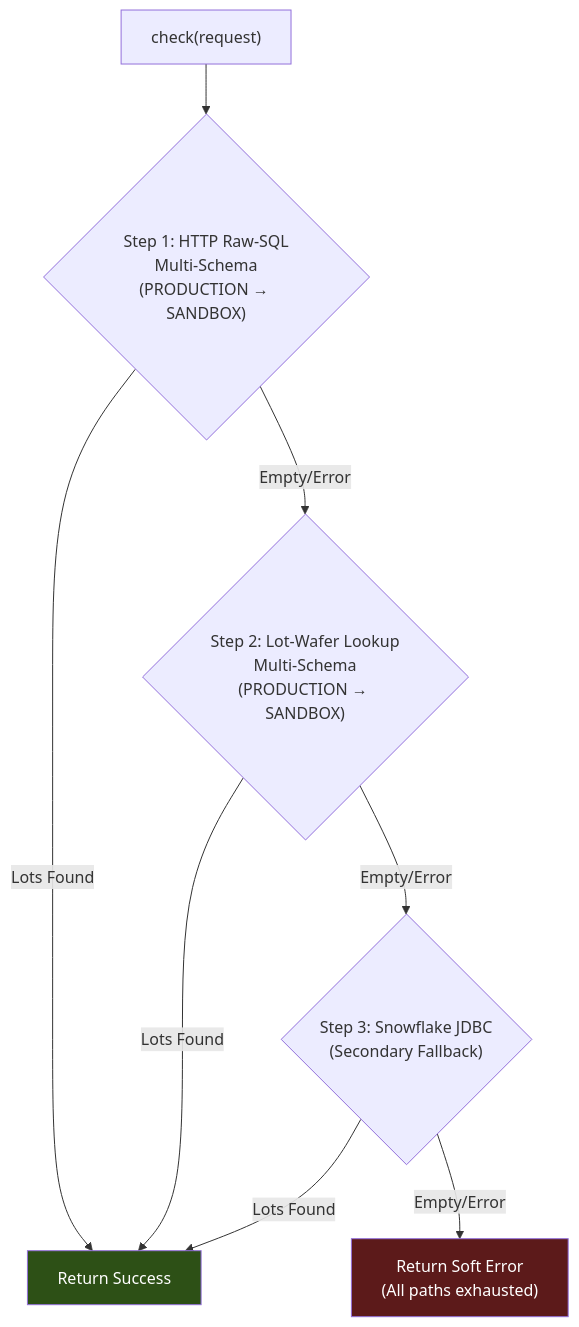
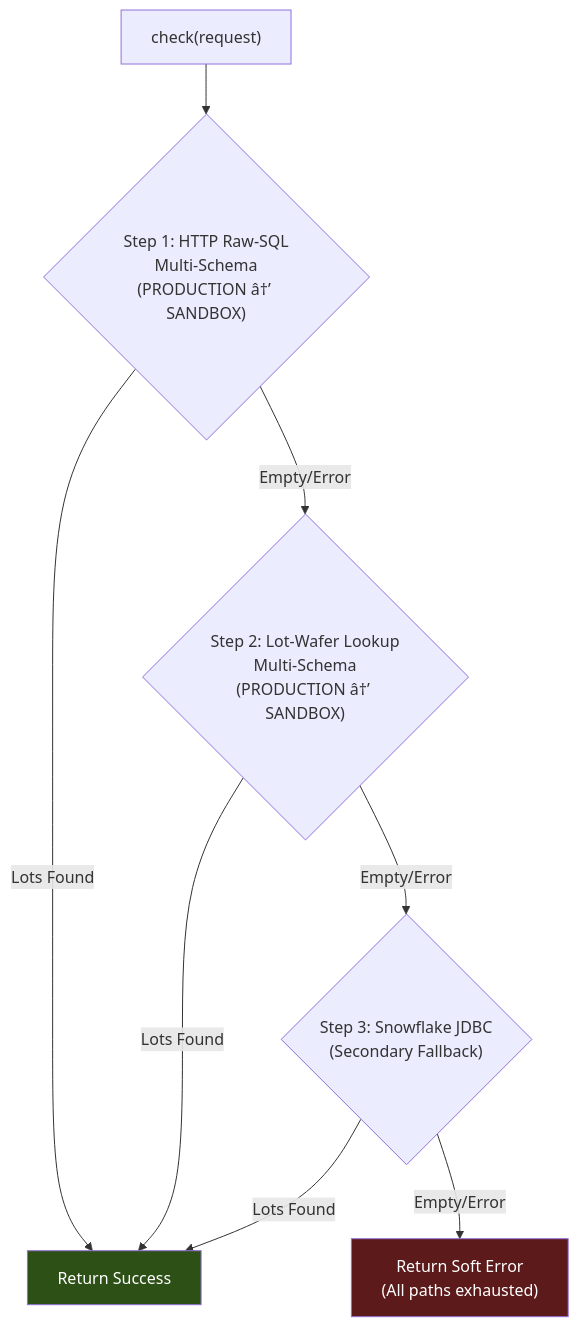
Before and after one commit to ejkorg/exensioreload: the fourth of 8 diagrams in docs/EXENSIO_API_DOCUMENTATION.md, drawn with Mermaid. The commit also changed other lines of this file and 21 other files, not shown here.

````diff
--- a/docs/EXENSIO_API_DOCUMENTATION.md
+++ b/docs/EXENSIO_API_DOCUMENTATION.md
@@ -520,13 +520,13 @@
 ```mermaid
 flowchart TD
-    A["check(request)"] --> B{"Step 1: HTTP Raw-SQL<br/>Multi-Schema<br/>(PRODUCTION → SANDBOX)"}
+    A["check(request)"] --> B{"Step 1: HTTP Raw-SQL<br/>Multi-Schema<br/>(PRODUCTION â†’ SANDBOX)"}
     B -->|"Lots Found"| Z["Return Success"]
-    B -->|"Empty/Error"| C{"Step 2: Lot-Wafer Lookup<br/>Multi-Schema<br/>(PRODUCTION → SANDBOX)"}
+    B -->|"Empty/Error"| C{"Step 2: Lot-Wafer Lookup<br/>Multi-Schema<br/>(PRODUCTION â†’ SANDBOX)"}
     C -->|"Lots Found"| Z
     C -->|"Empty/Error"| D{"Step 3: Snowflake JDBC<br/>(Secondary Fallback)"}
     D -->|"Lots Found"| Z
     D -->|"Empty/Error"| E["Return Soft Error<br/>(All paths exhausted)"]
 
     style Z fill:#2d5016,color:#fff
     style E fill:#5c1a1a,color:#fff
 ```
````
